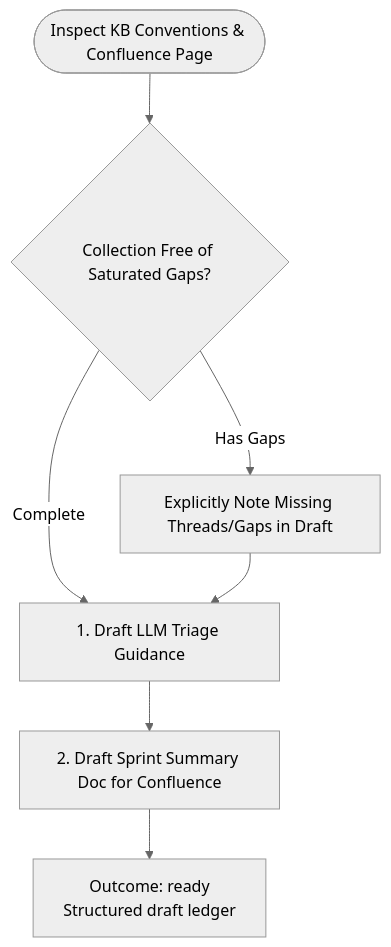
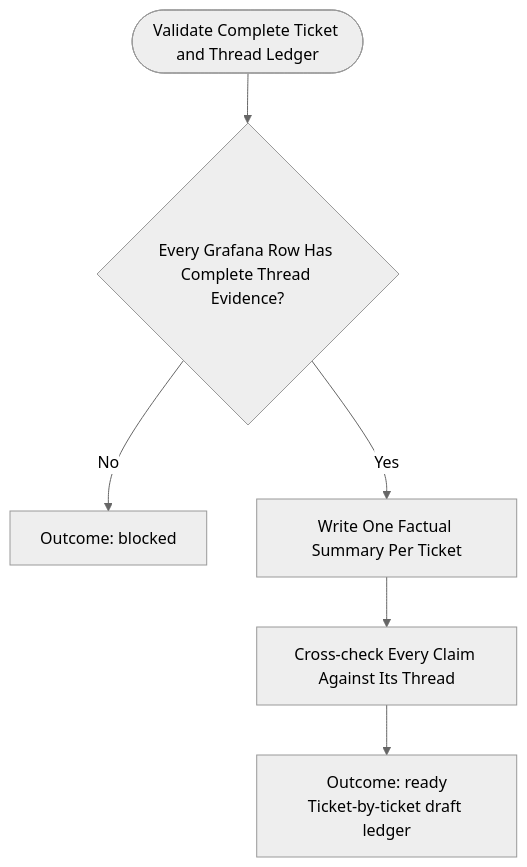
One commit to wichayutdew/dotfiles changed the diagram in .pi/agent/workflows/steps/sprint-triage/draft.md. Above: the diagram before and after it, drawn with Mermaid (neutral theme). The commit also changed other lines of this file and 2 other files, not shown here.

````diff
--- a/.pi/agent/workflows/steps/sprint-triage/draft.md
+++ b/.pi/agent/workflows/steps/sprint-triage/draft.md
@@ -10,10 +14,8 @@
 ```mermaid
 flowchart TD
-    Start([Inspect KB Conventions & Confluence Page]) --> VerifyCoverage{Collection Free of Saturated Gaps?}
-    VerifyCoverage -->|Has Gaps| MarkLimitations[Explicitly Note Missing Threads/Gaps in Draft]
-    VerifyCoverage -->|Complete| BuildGuidance[1. Draft LLM Triage Guidance]
-    
-    MarkLimitations --> BuildGuidance
-    BuildGuidance --> BuildDoc[2. Draft Sprint Summary Doc for Confluence]
-    BuildDoc --> Ready[Outcome: ready\nStructured draft ledger]
+    Start([Validate Complete Ticket and Thread Ledger]) --> CheckCoverage{Every Grafana Row Has Complete Thread Evidence?}
+    CheckCoverage -->|No| Blocked[Outcome: blocked]
+    CheckCoverage -->|Yes| Summarize[Write One Factual Summary Per Ticket]
+    Summarize --> CrossCheck[Cross-check Every Claim Against Its Thread]
+    CrossCheck --> Ready[Outcome: ready\nTicket-by-ticket draft ledger]
 ```
````
